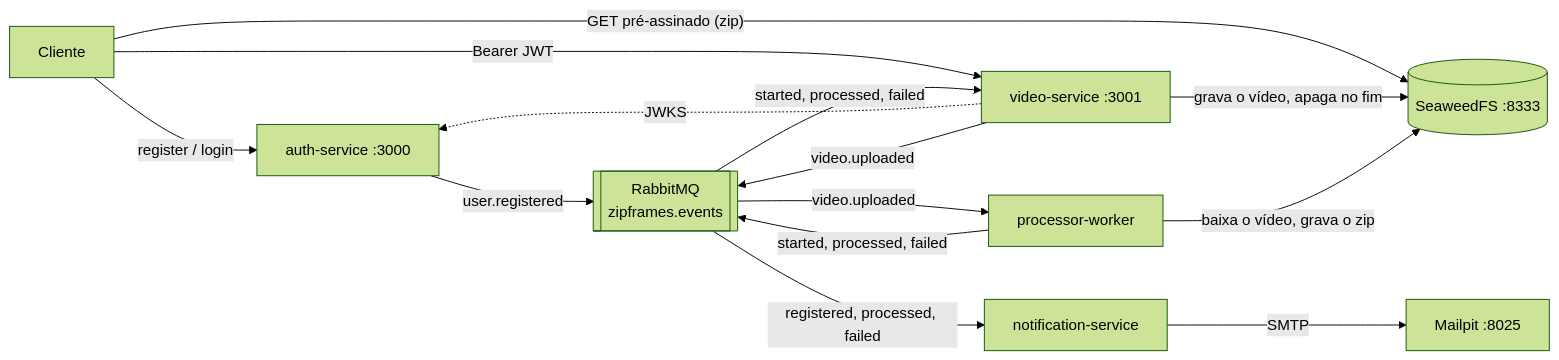
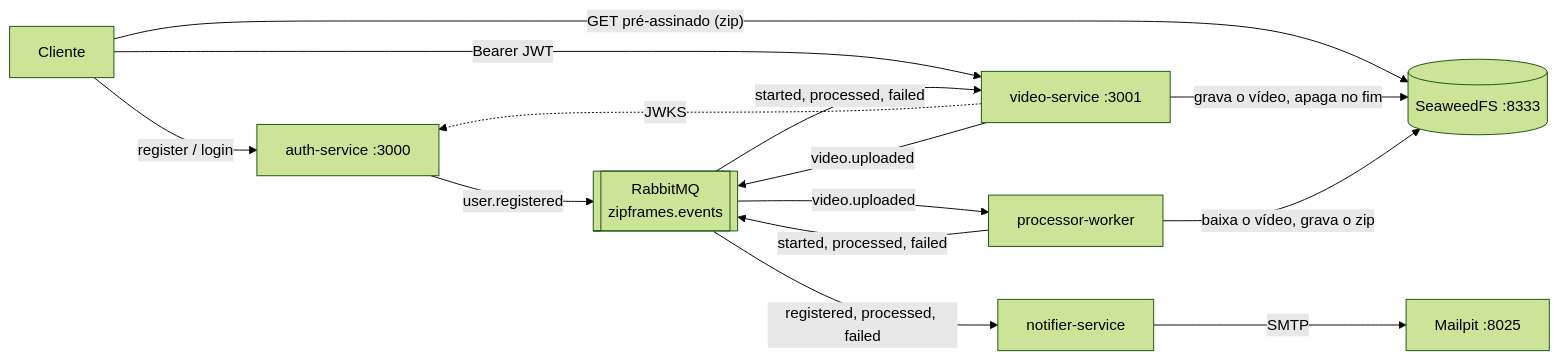
Before and after one commit to knzt/zipframes: the diagram in README.md, drawn with Mermaid (forest theme). The commit also changed other lines of this file and 127 other files, not shown here.

First line of the commit message:
refactor: rename notification-service to notifier-service

````diff
--- a/README.md
+++ b/README.md
@@ -34,25 +34,25 @@
 ```mermaid
 flowchart LR
   client[Cliente]
   auth[auth-service :3000]
   video[video-service :3001]
   worker[processor-worker]
-  notif[notification-service]
+  notif[notifier-service]
   storage[(SeaweedFS :8333)]
   broker[[RabbitMQ<br/>zipframes.events]]
   mail[Mailpit :8025]
 
   client -- "register / login" --> auth
   client -- "Bearer JWT" --> video
   video -. "JWKS" .-> auth
   client -- "GET pré-assinado (zip)" --> storage
   video -- "grava o vídeo, apaga no fim" --> storage
   video -- "video.uploaded" --> broker
   broker -- "video.uploaded" --> worker
   worker -- "baixa o vídeo, grava o zip" --> storage
   worker -- "started, processed, failed" --> broker
   broker -- "started, processed, failed" --> video
   auth -- "user.registered" --> broker
   broker -- "registered, processed, failed" --> notif
   notif -- "SMTP" --> mail
 ```
````
